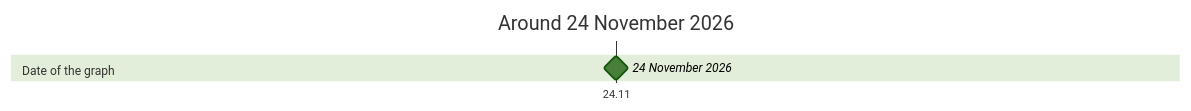
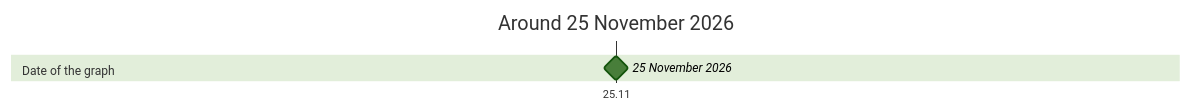
Before and after one commit to advancedcognitivesystems-ai/trame: the diagram in docs/timeline.md, drawn with Mermaid (forest theme). The commit also changed other lines of this file and 67 other files, not shown here.

````diff
--- a/docs/timeline.md
+++ b/docs/timeline.md
@@ -5,8 +5,8 @@
 ```mermaid
 gantt
   dateFormat YYYY-MM-DD
   axisFormat %d.%m
-  title Around 24 November 2026
+  title Around 25 November 2026
   section Date of the graph
-    24 November 2026 : milestone, 2026-11-24, 0d
+    25 November 2026 : milestone, 2026-11-25, 0d
 ```
````
